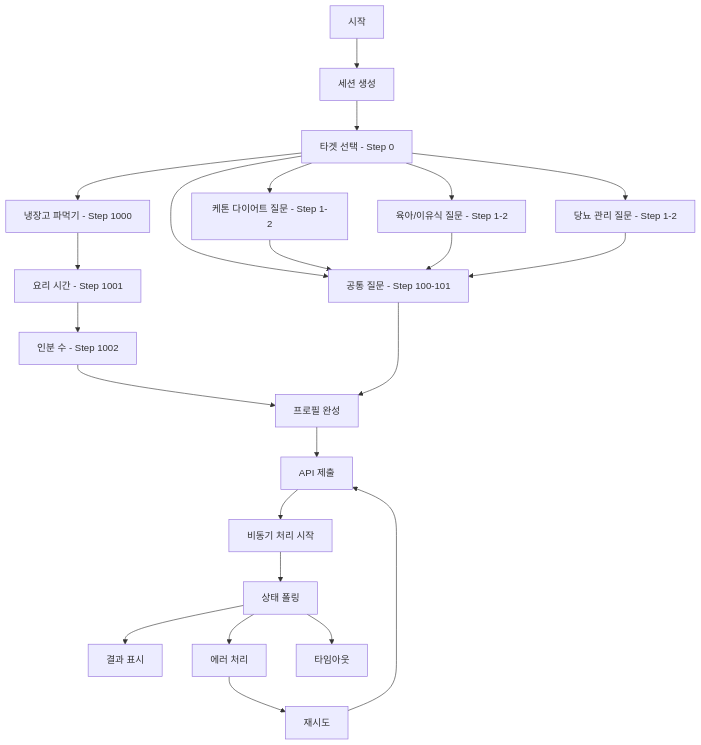
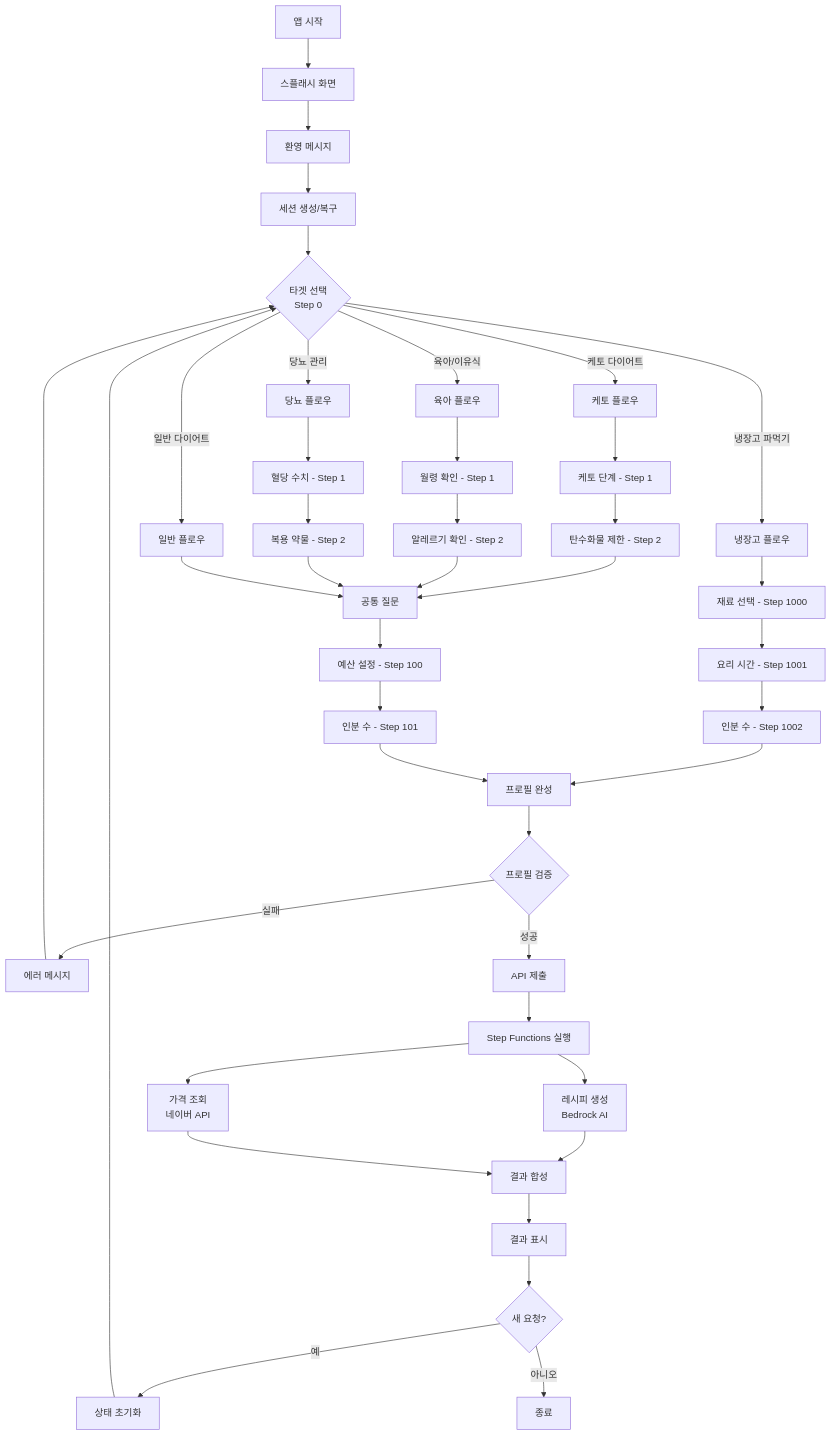
Before and after one commit to awsqhackathonXddeokssang/team21-aws-hackathon: the first of 9 diagrams in docs/flows/CONVERSATION_FLOW.md, drawn with Mermaid. The commit also changed other lines of this file and 2 other files, not shown here.

Commit message:
Add AWS service flow diagram based on integration sequences

````diff
--- a/docs/flows/CONVERSATION_FLOW.md
+++ b/docs/flows/CONVERSATION_FLOW.md
@@ -9,31 +9,56 @@
 ```mermaid
 graph TD
-    Start[시작] --> Session[세션 생성]
-    Session --> Target[타겟 선택 - Step 0]
+    Start[앱 시작] --> Splash[스플래시 화면]
+    Splash --> Welcome[환영 메시지]
+    Welcome --> Session[세션 생성/복구]
     
-    Target --> KetoQ[케톤 다이어트 질문 - Step 1-2]
-    Target --> BabyQ[육아/이유식 질문 - Step 1-2]
-    Target --> DiabetesQ[당뇨 관리 질문 - Step 1-2]
-    Target --> CommonQ[공통 질문 - Step 100-101]
-    Target --> FridgeQ[냉장고 파먹기 - Step 1000]
+    Session --> Target{타겟 선택<br/>Step 0}
     
-    KetoQ --> CommonQ
-    BabyQ --> CommonQ
-    DiabetesQ --> CommonQ
+    Target -->|케토 다이어트| KetoFlow[케토 플로우]
+    Target -->|육아/이유식| BabyFlow[육아 플로우]
+    Target -->|당뇨 관리| DiabetesFlow[당뇨 플로우]
+    Target -->|일반 다이어트| GeneralFlow[일반 플로우]
+    Target -->|냉장고 파먹기| FridgeFlow[냉장고 플로우]
     
-    FridgeQ --> FridgeTime[요리 시간 - Step 1001]
+    KetoFlow --> KetoPhase[케토 단계 - Step 1]
+    KetoPhase --> KetoCarb[탄수화물 제한 - Step 2]
+    KetoCarb --> CommonFlow[공통 질문]
+    
+    BabyFlow --> BabyMonth[월령 확인 - Step 1]
+    BabyMonth --> BabyAllergy[알레르기 확인 - Step 2]
+    BabyAllergy --> CommonFlow
+    
+    DiabetesFlow --> DiabetesBlood[혈당 수치 - Step 1]
+    DiabetesBlood --> DiabetesMed[복용 약물 - Step 2]
+    DiabetesMed --> CommonFlow
+    
+    GeneralFlow --> CommonFlow
+    
+    FridgeFlow --> FridgeIngredient[재료 선택 - Step 1000]
+    FridgeIngredient --> FridgeTime[요리 시간 - Step 1001]
     FridgeTime --> FridgeServing[인분 수 - Step 1002]
-    FridgeServing --> Complete[프로필 완성]
+    FridgeServing --> ProfileComplete[프로필 완성]
     
-    CommonQ --> Complete
-    Complete --> Submit[API 제출]
-    Submit --> Processing[비동기 처리 시작]
-    Processing --> Polling[상태 폴링]
+    CommonFlow --> Budget[예산 설정 - Step 100]
+    Budget --> Serving[인분 수 - Step 101]
+    Serving --> ProfileComplete
     
-    Polling --> Result[결과 표시]
-    Polling --> Error[에러 처리]
-    Polling --> Timeout[타임아웃]
+    ProfileComplete --> Validation{프로필 검증}
+    Validation -->|실패| ErrorMsg[에러 메시지]
+    ErrorMsg --> Target
     
-    Error --> Retry[재시도]
-    Retry --> Submit
+    Validation -->|성공| Submit[API 제출]
+    Submit --> StepFunction[Step Functions 실행]
+    
+    StepFunction --> RecipeGen[레시피 생성<br/>Bedrock AI]
+    StepFunction --> PriceCheck[가격 조회<br/>네이버 API]
+    
+    RecipeGen --> Combine[결과 합성]
+    PriceCheck --> Combine
+    
+    Combine --> Result[결과 표시]
+    Result --> NewRequest{새 요청?}
+    NewRequest -->|예| Reset[상태 초기화]
+    NewRequest -->|아니오| End[종료]
+    Reset --> Target
 ```
````
